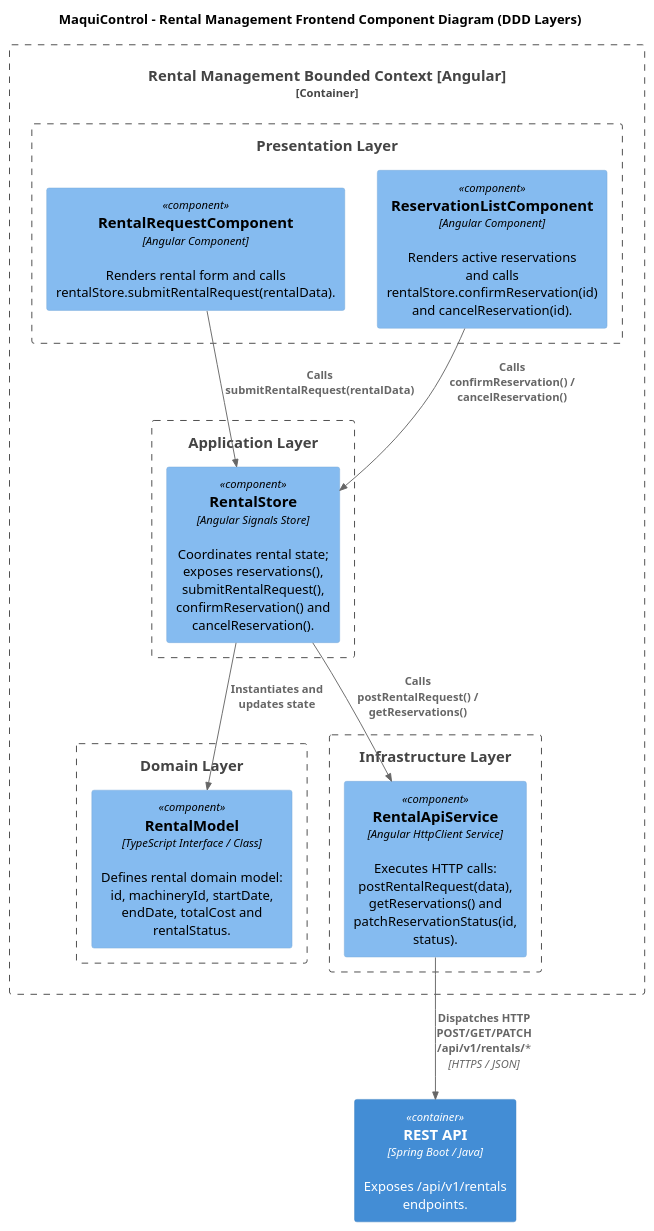
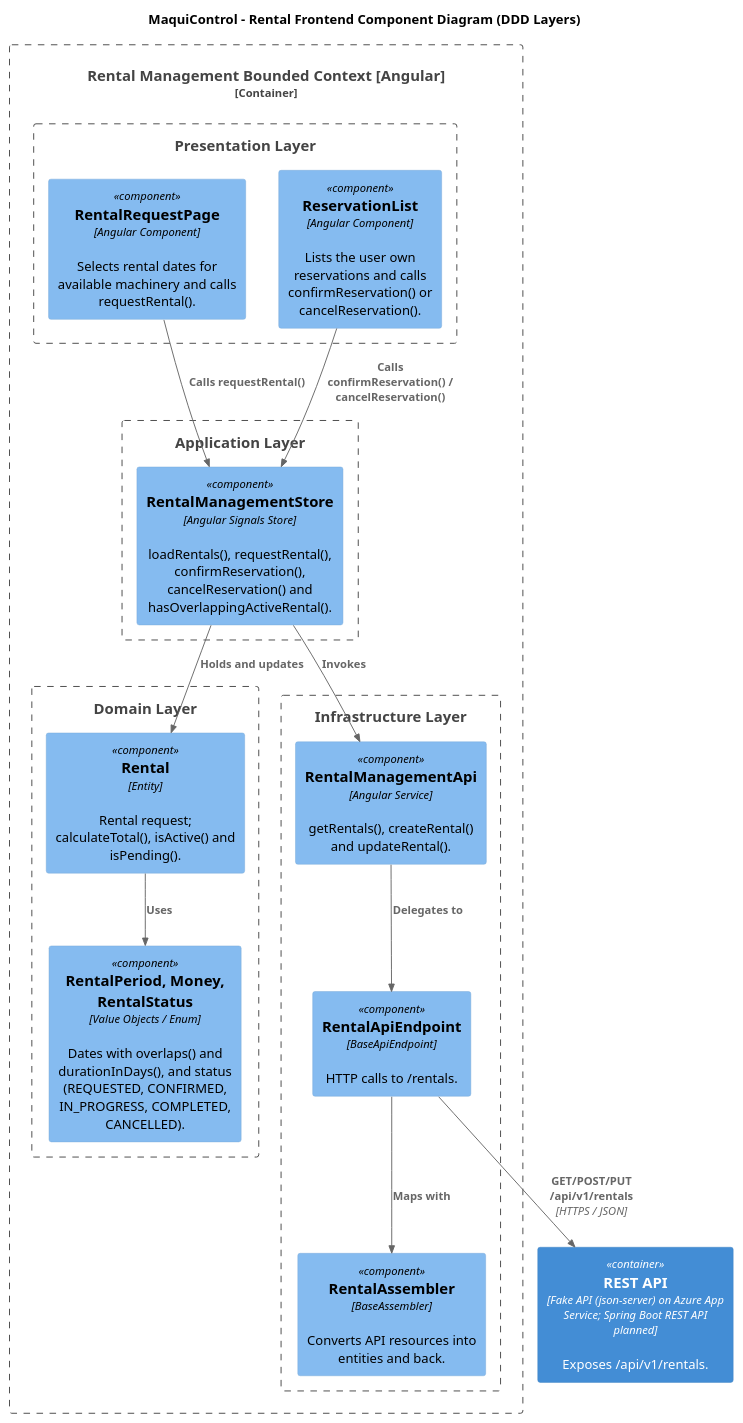
One commit to AndesHeavyTech/MaquiControl changed the diagram in docs/architecture/components/rental-frontend-components.puml. Above: the diagram before and after it, drawn with PlantUML. The commit also changed 36 other files, not shown here.

Commit message:
docs(report): add sprint 2, update deployment configuration and align diagrams with code

```diff
--- a/docs/architecture/components/rental-frontend-components.puml
+++ b/docs/architecture/components/rental-frontend-components.puml
@@ -1,30 +1,36 @@
 @startuml
 !include <C4/C4_Component>
 
-title MaquiControl - Rental Management Frontend Component Diagram (DDD Layers)
+title MaquiControl - Rental Frontend Component Diagram (DDD Layers)
 
-Container_Boundary(rental, "Rental Management Bounded Context [Angular]") {
+Container_Boundary(bc, "Rental Management Bounded Context [Angular]") {
     Boundary(presentation, "Presentation Layer") {
-        Component(rentalRequestComponent, "RentalRequestComponent", "Angular Component", "Renders rental form and calls rentalStore.submitRentalRequest(rentalData).")
-        Component(reservationListComponent, "ReservationListComponent", "Angular Component", "Renders active reservations and calls rentalStore.confirmReservation(id) and cancelReservation(id).")
+        Component(rentalRequestPage, "RentalRequestPage", "Angular Component", "Selects rental dates for available machinery and calls requestRental().")
+        Component(reservationList, "ReservationList", "Angular Component", "Lists the user own reservations and calls confirmReservation() or cancelReservation().")
     }
     Boundary(application, "Application Layer") {
-        Component(rentalStore, "RentalStore", "Angular Signals Store", "Coordinates rental state; exposes reservations(), submitRentalRequest(), confirmReservation() and cancelReservation().")
+        Component(rentalStore, "RentalManagementStore", "Angular Signals Store", "loadRentals(), requestRental(), confirmReservation(), cancelReservation() and hasOverlappingActiveRental().")
     }
     Boundary(domain, "Domain Layer") {
-        Component(rentalModel, "RentalModel", "TypeScript Interface / Class", "Defines rental domain model: id, machineryId, startDate, endDate, totalCost and rentalStatus.")
+        Component(rental, "Rental", "Entity", "Rental request; calculateTotal(), isActive() and isPending().")
+        Component(valueObjects, "RentalPeriod, Money, RentalStatus", "Value Objects / Enum", "Dates with overlaps() and durationInDays(), and status (REQUESTED, CONFIRMED, IN_PROGRESS, COMPLETED, CANCELLED).")
     }
     Boundary(infrastructure, "Infrastructure Layer") {
-        Component(rentalApiService, "RentalApiService", "Angular HttpClient Service", "Executes HTTP calls: postRentalRequest(data), getReservations() and patchReservationStatus(id, status).")
+        Component(rentalApi, "RentalManagementApi", "Angular Service", "getRentals(), createRental() and updateRental().")
+        Component(endpoint, "RentalApiEndpoint", "BaseApiEndpoint", "HTTP calls to /rentals.")
+        Component(assembler, "RentalAssembler", "BaseAssembler", "Converts API resources into entities and back.")
     }
 }
 
-Container(api, "REST API", "Spring Boot / Java", "Exposes /api/v1/rentals endpoints.")
+Container(api, "REST API", "Fake API (json-server) on Azure App Service; Spring Boot REST API planned", "Exposes /api/v1/rentals.")
 
-Rel(rentalRequestComponent, rentalStore, "Calls submitRentalRequest(rentalData)")
-Rel(reservationListComponent, rentalStore, "Calls confirmReservation() / cancelReservation()")
-Rel(rentalStore, rentalModel, "Instantiates and updates state")
-Rel(rentalStore, rentalApiService, "Calls postRentalRequest() / getReservations()")
-Rel(rentalApiService, api, "Dispatches HTTP POST/GET/PATCH /api/v1/rentals/*", "HTTPS / JSON")
+Rel(rentalRequestPage, rentalStore, "Calls requestRental()")
+Rel(reservationList, rentalStore, "Calls confirmReservation() / cancelReservation()")
+Rel(rentalStore, rental, "Holds and updates")
+Rel(rental, valueObjects, "Uses")
+Rel(rentalStore, rentalApi, "Invokes")
+Rel(rentalApi, endpoint, "Delegates to")
+Rel(endpoint, assembler, "Maps with")
+Rel(endpoint, api, "GET/POST/PUT /api/v1/rentals", "HTTPS / JSON")
 
 @enduml
```
